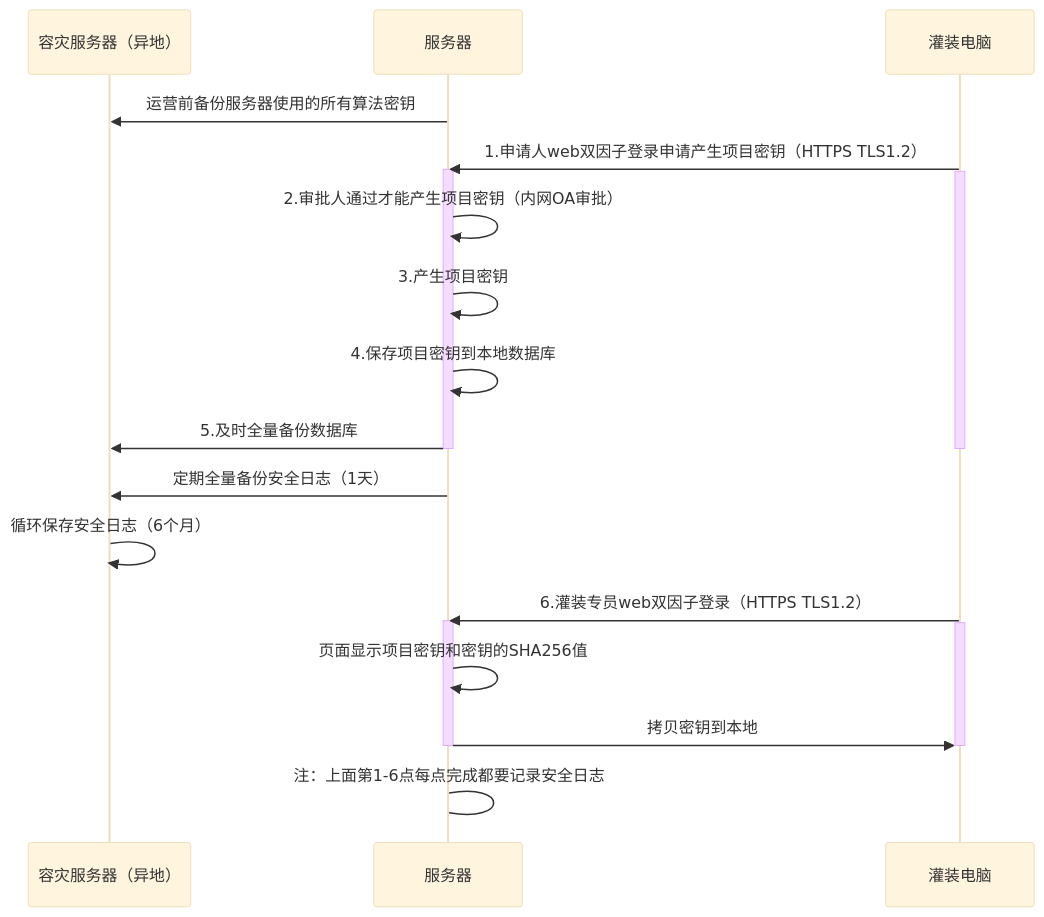
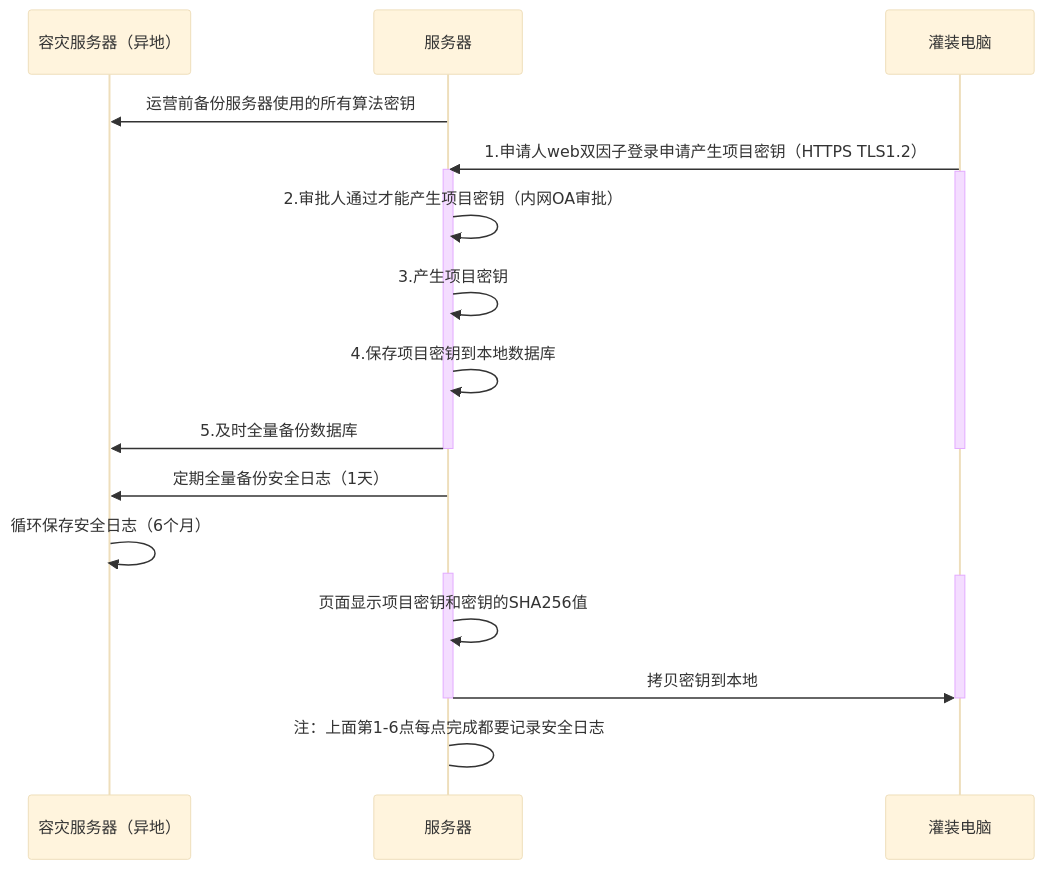
The diagram in all/未命名-23.md (facebook-cloud/iodraw-files), drawn with Mermaid (base theme) before and after one commit.

Commit message:
2026-04-15 16:36:58 update

````diff
--- a/all/未命名-23.md
+++ b/all/未命名-23.md
@@ -1,33 +1,33 @@
 ```mermaid
 sequenceDiagram
     participant A as 容灾服务器（异地）
     participant B as 服务器
     participant D as 灌装电脑
 
     B->>A: 运营前备份服务器使用的所有算法密钥
     D->>B: 1.申请人web双因子登录申请产生项目密钥（HTTPS TLS1.2）
     activate B
     activate D
     B->>B: 2.审批人通过才能产生项目密钥（内网OA审批）
     B->>B: 3.产生项目密钥
     B->>B: 4.保存项目密钥到本地数据库
     B->>A: 5.及时全量备份数据库
 
     deactivate B
     deactivate D
 
     B->>A: 定期全量备份安全日志（1天）
     A->>A: 循环保存安全日志（6个月）
     
-    D->>B: 6.灌装专员web双因子登录（HTTPS TLS1.2）
+ 
     activate B
     activate D
     B->>B: 页面显示项目密钥和密钥的SHA256值
     B->>D: 拷贝密钥到本地
     deactivate B
     deactivate D
     B->B: 注：上面第1-6点每点完成都要记录安全日志
 
     
 
 ```
````
